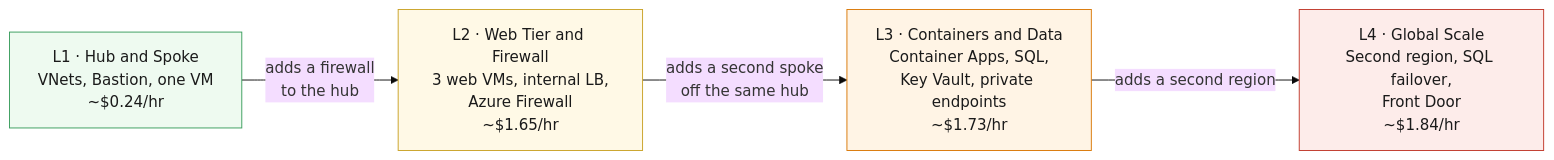
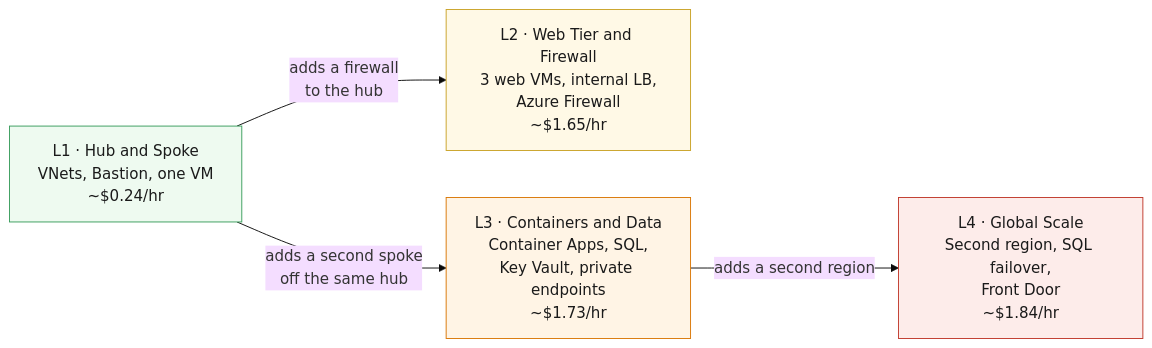
One commit to saulpatinojr/Demo-IaC_Demo_with_VSCode changed the diagram in docs/wiki/Home.md. Above: the diagram before and after it, drawn with Mermaid (base theme). The commit also changed other lines of this file and 15 other files, not shown here.

````diff
--- a/docs/wiki/Home.md
+++ b/docs/wiki/Home.md
@@ -23,20 +23,20 @@
 ```mermaid
 flowchart LR
   L1["L1 · Hub and Spoke<br/>VNets, Bastion, one VM<br/>~$0.24/hr"]
   L2["L2 · Web Tier and Firewall<br/>3 web VMs, internal LB,<br/>Azure Firewall<br/>~$1.65/hr"]
   L3["L3 · Containers and Data<br/>Container Apps, SQL,<br/>Key Vault, private endpoints<br/>~$1.73/hr"]
   L4["L4 · Global Scale<br/>Second region, SQL failover,<br/>Front Door<br/>~$1.84/hr"]
 
   L1 -->|"adds a firewall<br/>to the hub"| L2
-  L2 -->|"adds a second spoke<br/>off the same hub"| L3
+  L1 -->|"adds a second spoke<br/>off the same hub"| L3
   L3 -->|"adds a second region"| L4
 
   classDef s1 fill:#eefaf0,stroke:#3a9d5d,color:#1a1a1a
   classDef s2 fill:#fff9e6,stroke:#c9a227,color:#1a1a1a
   classDef s3 fill:#fff4e5,stroke:#d97706,color:#1a1a1a
   classDef s4 fill:#fdecea,stroke:#c0392b,color:#1a1a1a
   class L1 s1
   class L2 s2
   class L3 s3
   class L4 s4
 ```
````
